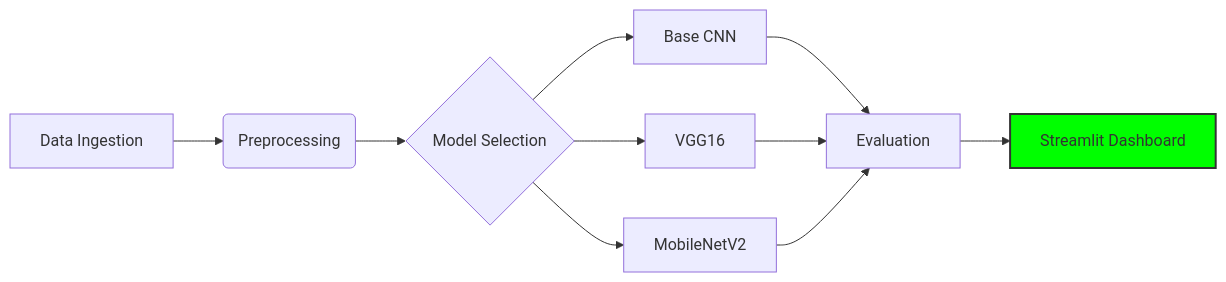
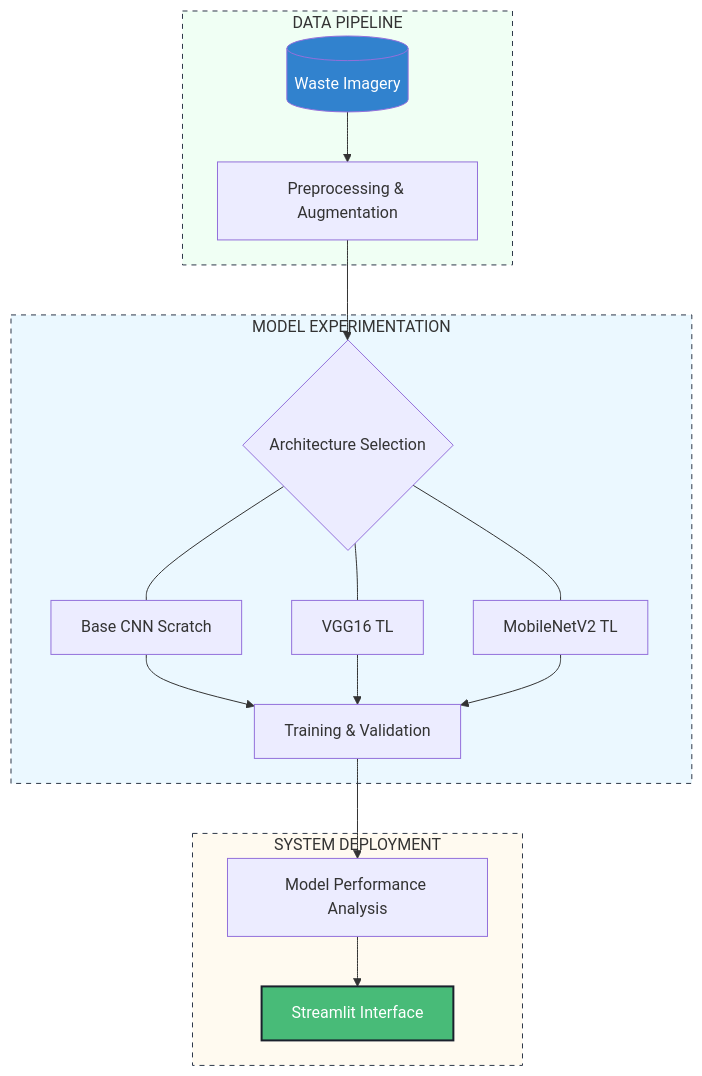
One commit to Nadzrul13/Waste-Classification-System changed the diagram in README.md. Above: the diagram before and after it, drawn with Mermaid. The commit also changed other lines of this file, not shown here.

````diff
--- a/README.md
+++ b/README.md
@@ -52,12 +50,29 @@
 ```mermaid
-graph LR
-    A[Data Ingestion] --> B(Preprocessing)
-    B --> C{Model Selection}
-    C --> D[Base CNN]
-    C --> E[VGG16]
-    C --> F[MobileNetV2]
-    D & E & F --> G[Evaluation]
-    G --> H[Streamlit Dashboard]
+graph TD
+    %% Section 1: Data
+    subgraph S1 [DATA PIPELINE]
+        A[(Waste Imagery)] --> B[Preprocessing & Augmentation]
+    end
 
-    style H fill:#00ff00,stroke:#333,stroke-width:2px
+    %% Section 2: Model Benchmarking
+    subgraph S2 [MODEL EXPERIMENTATION]
+        B --> C{Architecture Selection}
+        C --- D[Base CNN Scratch]
+        C --- E[VGG16 TL]
+        C --- F[MobileNetV2 TL]
+        D & E & F --> G[Training & Validation]
+    end
+
+    %% Section 3: Final Stage
+    subgraph S3 [SYSTEM DEPLOYMENT]
+        G --> H[Model Performance Analysis]
+        H --> I[Streamlit Interface]
+    end
+
+    %% Aesthetics Styling
+    style S1 fill:#f0fff4,stroke:#2d3748,stroke-dasharray: 5 5
+    style S2 fill:#ebf8ff,stroke:#2d3748,stroke-dasharray: 5 5
+    style S3 fill:#fffaf0,stroke:#2d3748,stroke-dasharray: 5 5
+    style I fill:#48bb78,stroke:#1a202c,stroke-width:2px,color:#fff
+    style A fill:#3182ce,color:#fff
 ```
````
